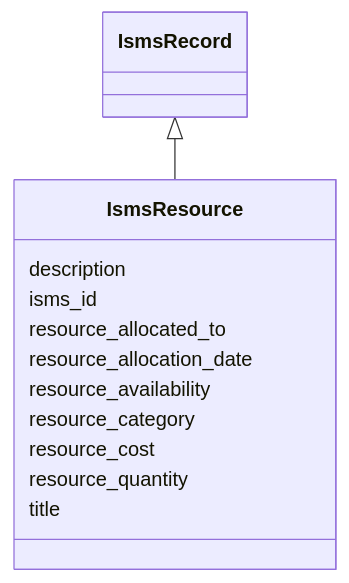
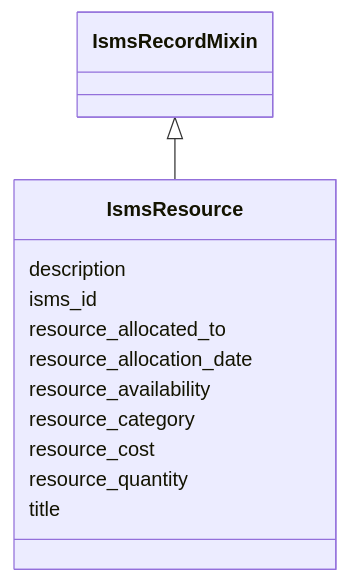
The diagram in project/mermaid/IsmsResource.md (lmodel/iso27001), drawn with Mermaid before and after one commit. The commit also changed 171 other files, not shown here.

Commit message:
refactor(schema): make the record base a mixin so adapt can root records

````diff
--- a/project/mermaid/IsmsResource.md
+++ b/project/mermaid/IsmsResource.md
@@ -4,27 +4,27 @@
 ```mermaid
  classDiagram
     class IsmsResource
     click IsmsResource href "../IsmsResource"
-      IsmsRecord <|-- IsmsResource
-        click IsmsRecord href "../IsmsRecord"
+      IsmsRecordMixin <|-- IsmsResource
+        click IsmsRecordMixin href "../IsmsRecordMixin"
       
       IsmsResource : description
         
       IsmsResource : isms_id
         
       IsmsResource : resource_allocated_to
         
       IsmsResource : resource_allocation_date
         
       IsmsResource : resource_availability
         
       IsmsResource : resource_category
         
       IsmsResource : resource_cost
         
       IsmsResource : resource_quantity
         
       IsmsResource : title
         
       
 ```
````
